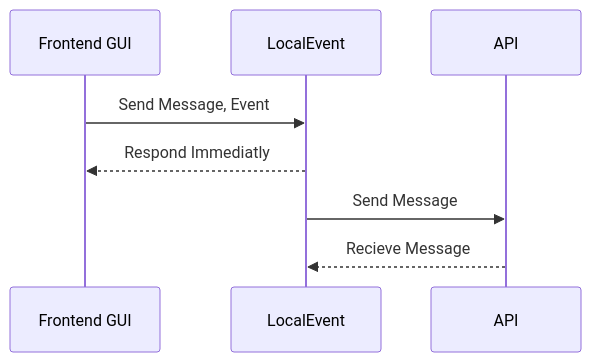
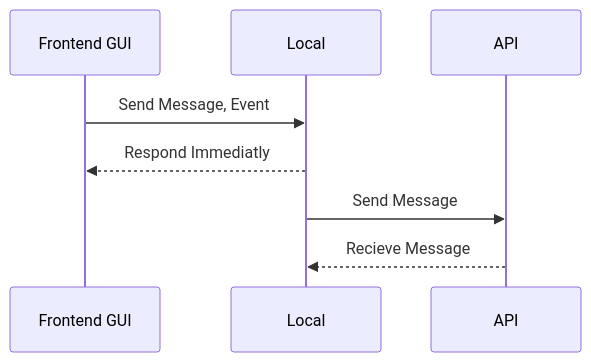
One commit to skyinformatics-biz/ptpro_communication changed the diagram in readme.md. Above: the diagram before and after it, drawn with Mermaid.

````diff
--- a/readme.md
+++ b/readme.md
@@ -16,7 +16,7 @@
 ```mermaid
 sequenceDiagram
-Frontend GUI->> LocalEvent: Send Message, Event
-LocalEvent-->> Frontend GUI: Respond Immediatly
-LocalEvent->> API: Send Message
-API-->> LocalEvent: Recieve Message
+Frontend GUI->> Local: Send Message, Event
+Local-->> Frontend GUI: Respond Immediatly
+Local->> API: Send Message
+API-->> Local: Recieve Message
 ```
````
